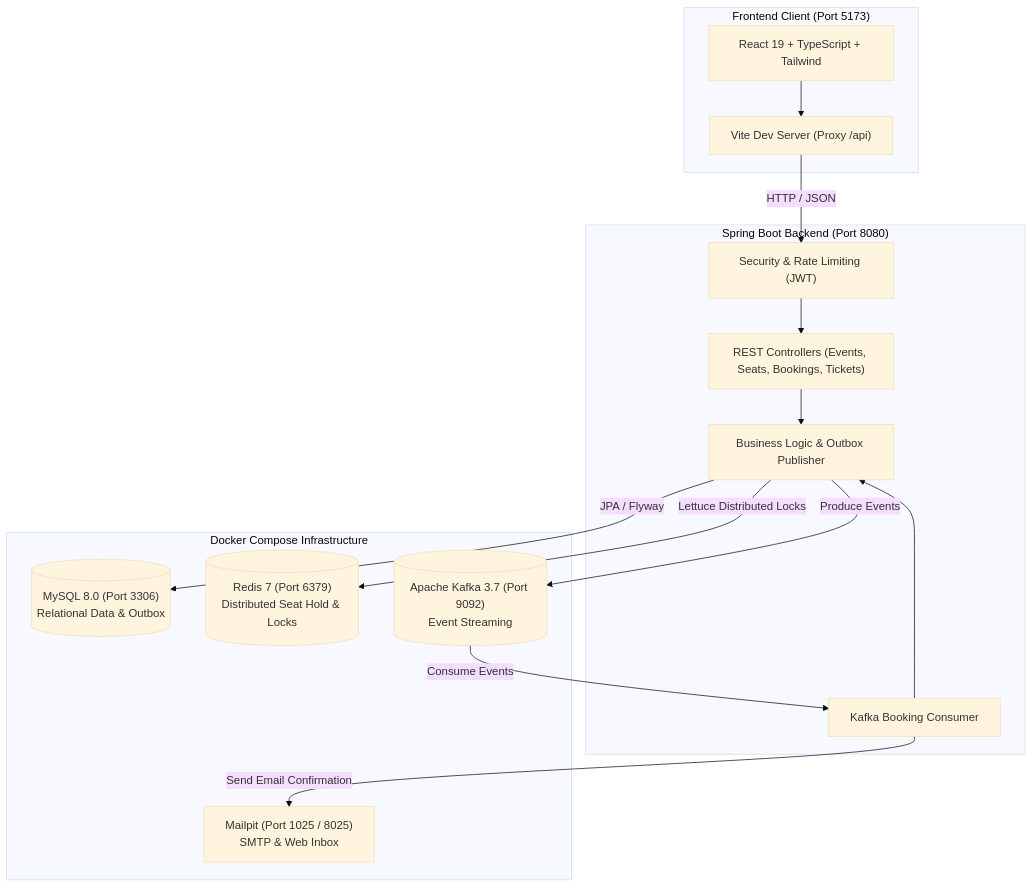
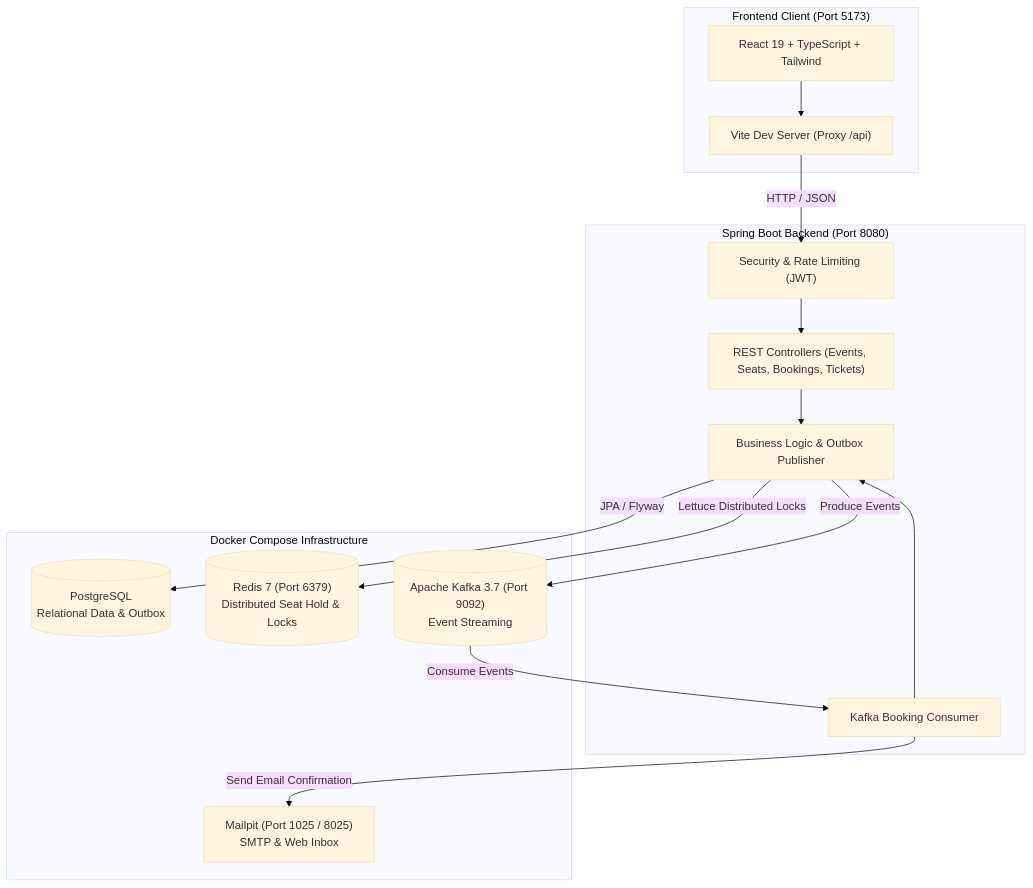
The diagram in README.md (siddhant2201-byte/VENU), drawn with Mermaid (base theme) before and after one commit. The commit also changed other lines of this file and 5 other files, not shown here.

````diff
--- a/README.md
+++ b/README.md
@@ -51,33 +51,33 @@
 ```mermaid
 flowchart TD
     subgraph Client["Frontend Client (Port 5173)"]
         UI["React 19 + TypeScript + Tailwind"]
         ViteProxy["Vite Dev Server (Proxy /api)"]
         UI --> ViteProxy
     end
 
     subgraph Backend["Spring Boot Backend (Port 8080)"]
         Sec["Security & Rate Limiting (JWT)"]
         Controllers["REST Controllers (Events, Seats, Bookings, Tickets)"]
         Services["Business Logic & Outbox Publisher"]
         Consumer["Kafka Booking Consumer"]
         
         ViteProxy -->|HTTP / JSON| Sec
         Sec --> Controllers
         Controllers --> Services
         Consumer --> Services
     end
 
     subgraph Infrastructure["Docker Compose Infrastructure"]
-        MySQL[("MySQL 8.0 (Port 3306)\nRelational Data & Outbox")]
+        Postgres[("PostgreSQL\nRelational Data & Outbox")]
         Redis[("Redis 7 (Port 6379)\nDistributed Seat Hold & Locks")]
         Kafka[("Apache Kafka 3.7 (Port 9092)\nEvent Streaming")]
         Mailpit["Mailpit (Port 1025 / 8025)\nSMTP & Web Inbox"]
     end
 
-    Services -->|JPA / Flyway| MySQL
+    Services -->|JPA / Flyway| Postgres
     Services -->|Lettuce Distributed Locks| Redis
     Services -->|Produce Events| Kafka
     Kafka -->|Consume Events| Consumer
     Consumer -->|Send Email Confirmation| Mailpit
 ```
````
